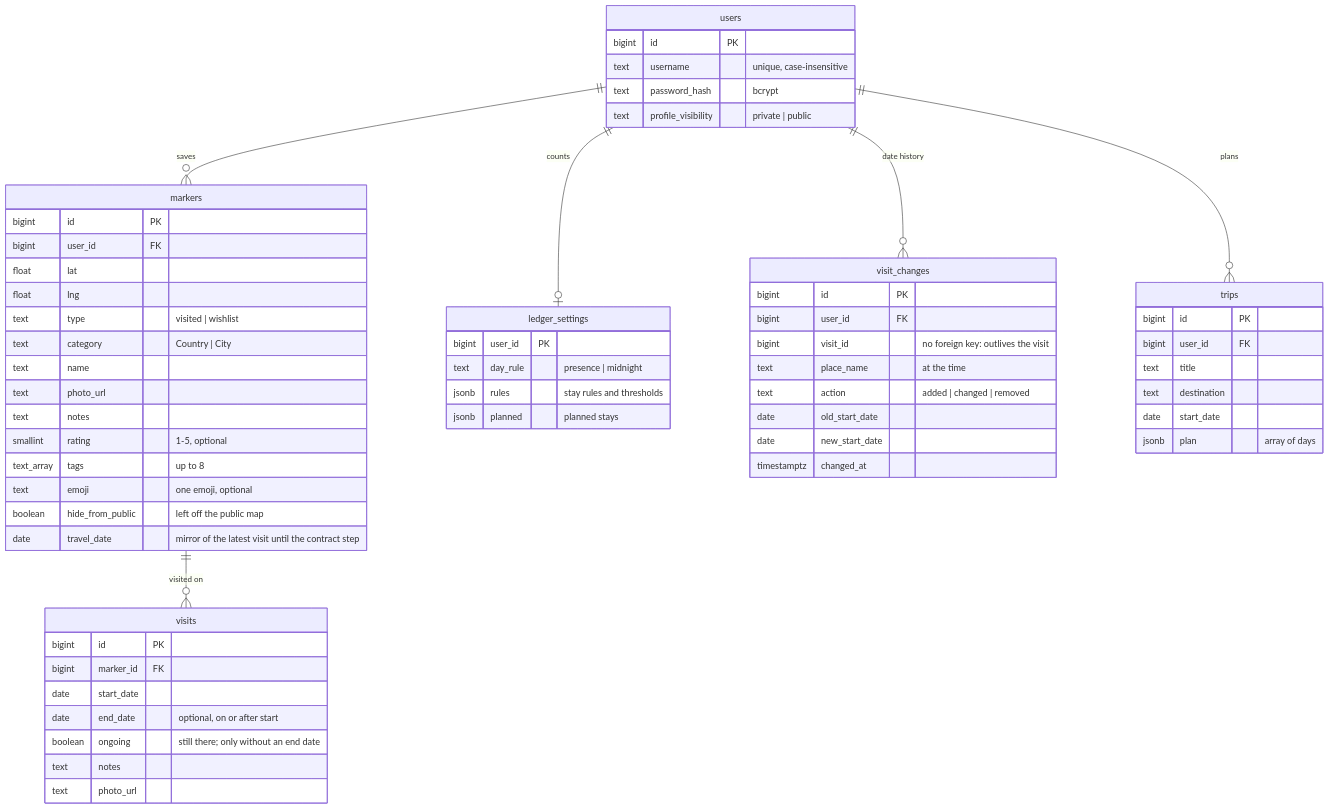
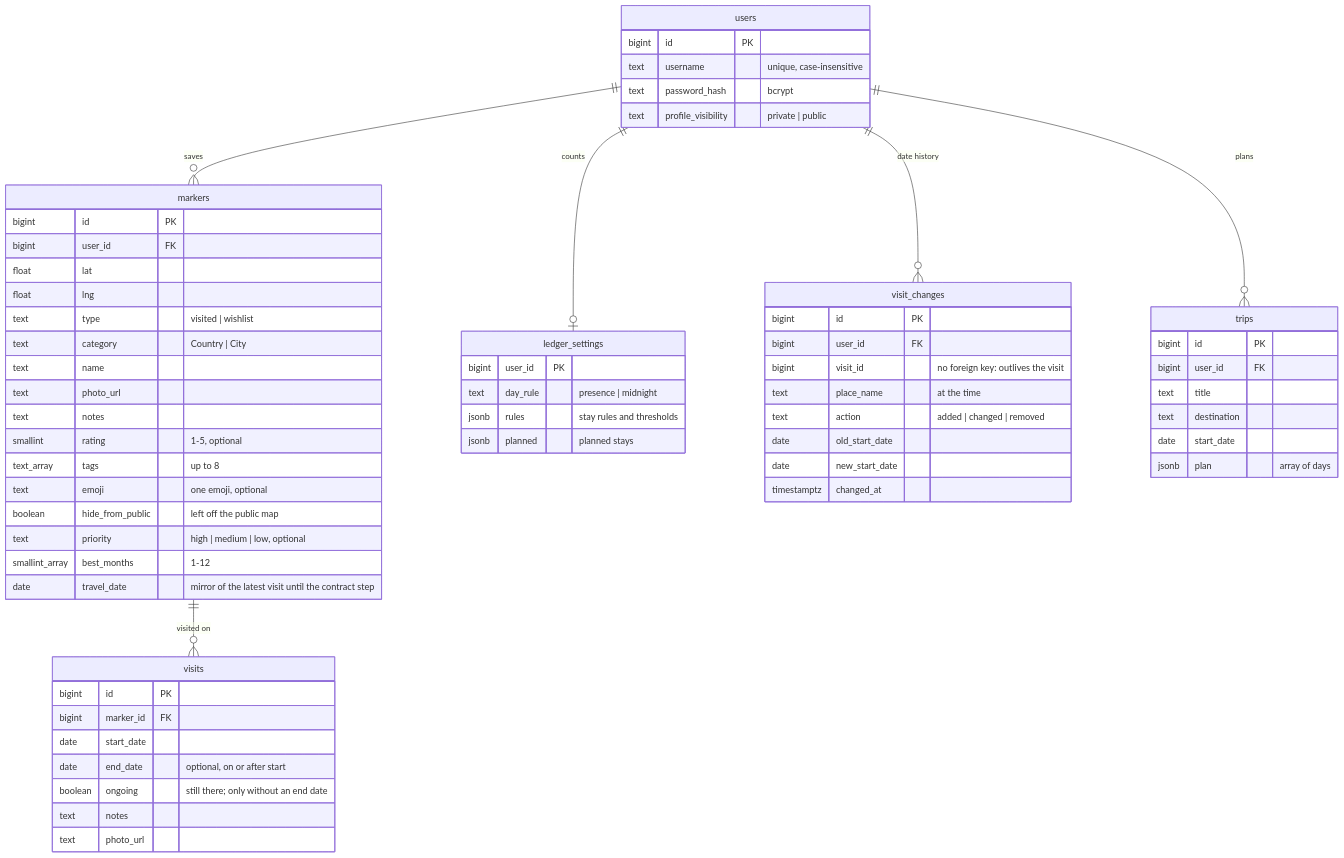
One commit to chefzaid/travelmapster changed the diagram in docs/data-model.md. Above: the diagram before and after it, drawn with Mermaid. The commit also changed other lines of this file and 17 other files, not shown here.

First line of the commit message:
Give wishlist places a priority and best months, and list them by the next good month

````diff
--- a/docs/data-model.md
+++ b/docs/data-model.md
@@ -8,63 +8,65 @@
 ```mermaid
 erDiagram
     users ||--o{ markers : saves
     markers ||--o{ visits : "visited on"
     users ||--o| ledger_settings : counts
     users ||--o{ visit_changes : "date history"
     users ||--o{ trips : plans
     users {
         bigint id PK
         text username "unique, case-insensitive"
         text password_hash "bcrypt"
         text profile_visibility "private | public"
     }
     markers {
         bigint id PK
         bigint user_id FK
         float lat
         float lng
         text type "visited | wishlist"
         text category "Country | City"
         text name
         text photo_url
         text notes
         smallint rating "1-5, optional"
         text_array tags "up to 8"
         text emoji "one emoji, optional"
         boolean hide_from_public "left off the public map"
+        text priority "high | medium | low, optional"
+        smallint_array best_months "1-12"
         date travel_date "mirror of the latest visit until the contract step"
     }
     visits {
         bigint id PK
         bigint marker_id FK
         date start_date
         date end_date "optional, on or after start"
         boolean ongoing "still there; only without an end date"
         text notes
         text photo_url
     }
     ledger_settings {
         bigint user_id PK
         text day_rule "presence | midnight"
         jsonb rules "stay rules and thresholds"
         jsonb planned "planned stays"
     }
     visit_changes {
         bigint id PK
         bigint user_id FK
         bigint visit_id "no foreign key: outlives the visit"
         text place_name "at the time"
         text action "added | changed | removed"
         date old_start_date
         date new_start_date
         timestamptz changed_at
     }
     trips {
         bigint id PK
         bigint user_id FK
         text title
         text destination
         date start_date
         jsonb plan "array of days"
     }
 ```
````
